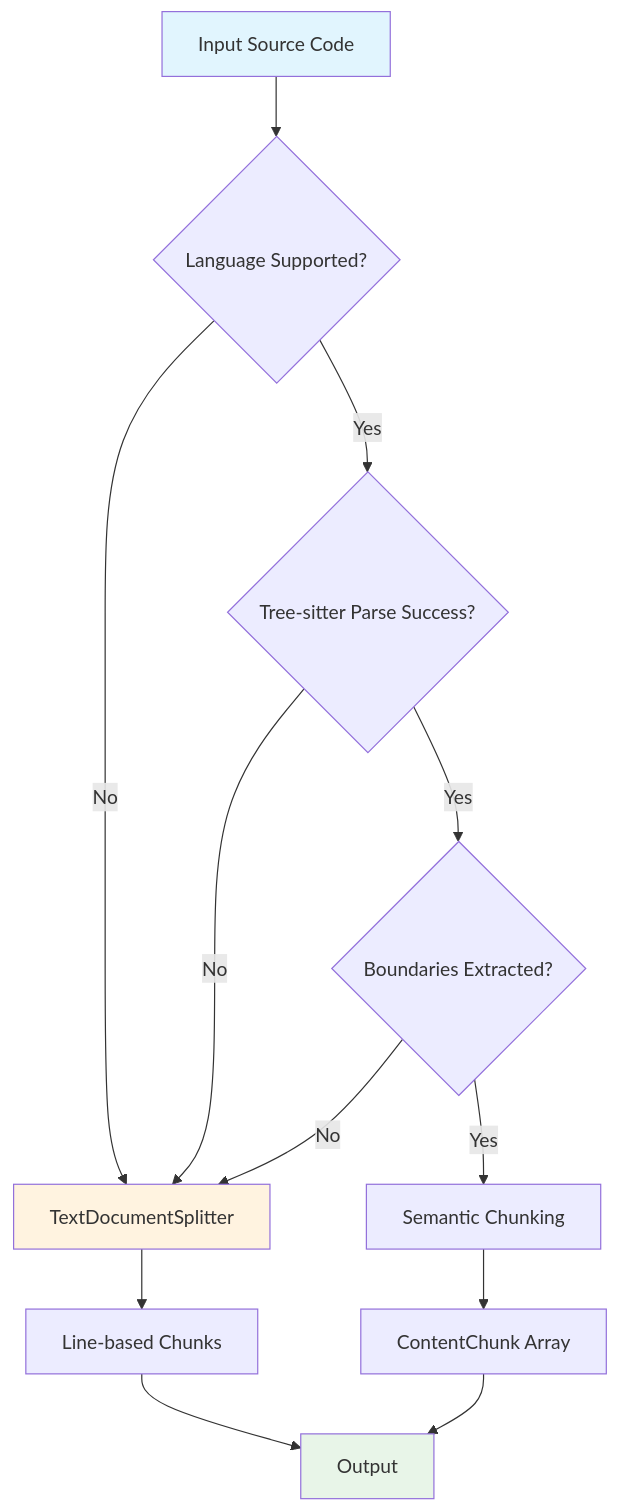
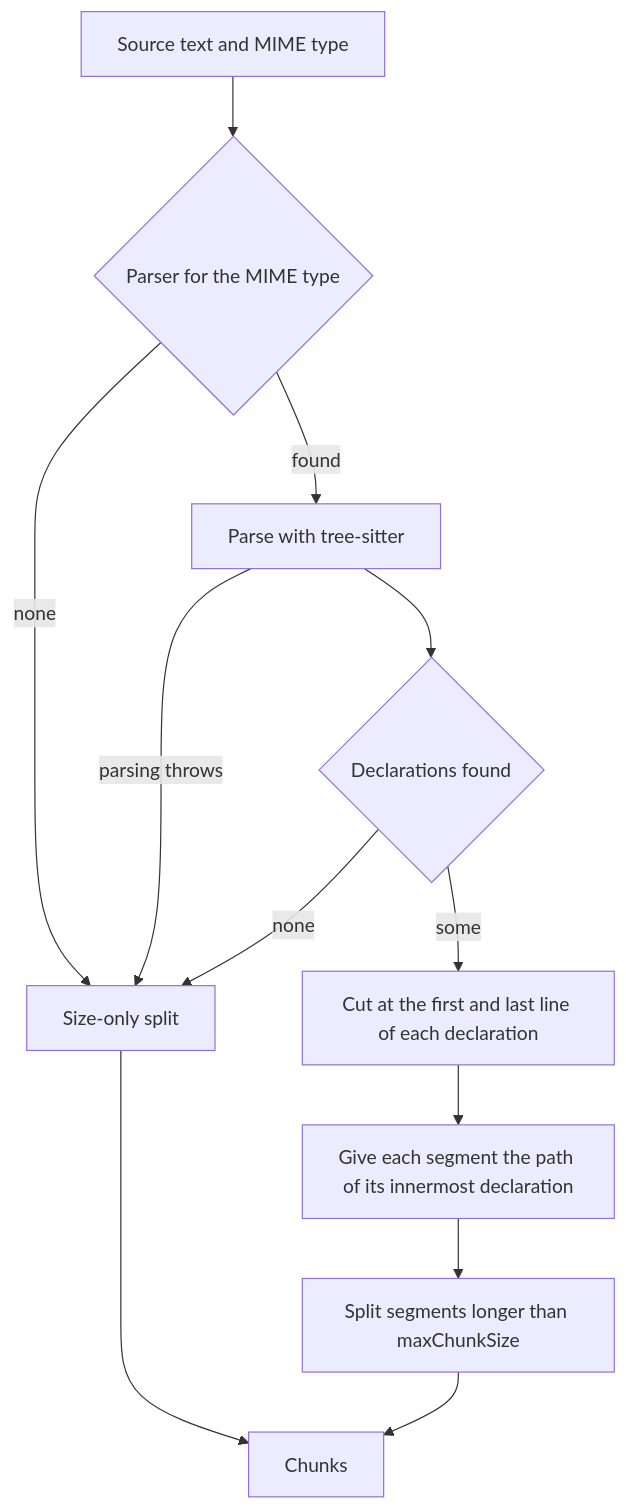
Before and after one commit to arabold/docs-mcp-server: the diagram in docs/concepts/source-code-splitter.md, drawn with Mermaid. The commit also changed other lines of this file and 32 other files, not shown here.

First line of the commit message:
docs: bring every doc in line with the current code

````diff
--- a/docs/concepts/source-code-splitter.md
+++ b/docs/concepts/source-code-splitter.md
@@ -330,19 +21,14 @@
 ```mermaid
 graph TD
-    A[Input Source Code] --> B{Language Supported?}
-    B -->|No| C[TextDocumentSplitter]
-    B -->|Yes| D{Tree-sitter Parse Success?}
-    D -->|No| C
-    D -->|Yes| E{Boundaries Extracted?}
-    E -->|No| C
-    E -->|Yes| F[Semantic Chunking]
-
-    F --> G[ContentChunk Array]
-    C --> H[Line-based Chunks]
-    G --> I[Output]
+    A[Source text and MIME type] --> B{Parser for the MIME type}
+    B -->|none| F[Size-only split]
+    B -->|found| C[Parse with tree-sitter]
+    C -->|parsing throws| F
+    C --> D{Declarations found}
+    D -->|none| F
+    D -->|some| E[Cut at the first and last line of each declaration]
+    E --> G[Give each segment the path of its innermost declaration]
+    G --> H[Split segments longer than maxChunkSize]
+    F --> I[Chunks]
     H --> I
-
-    style A fill:#e1f5fe
-    style I fill:#e8f5e8
-    style C fill:#fff3e0
 ```
````
